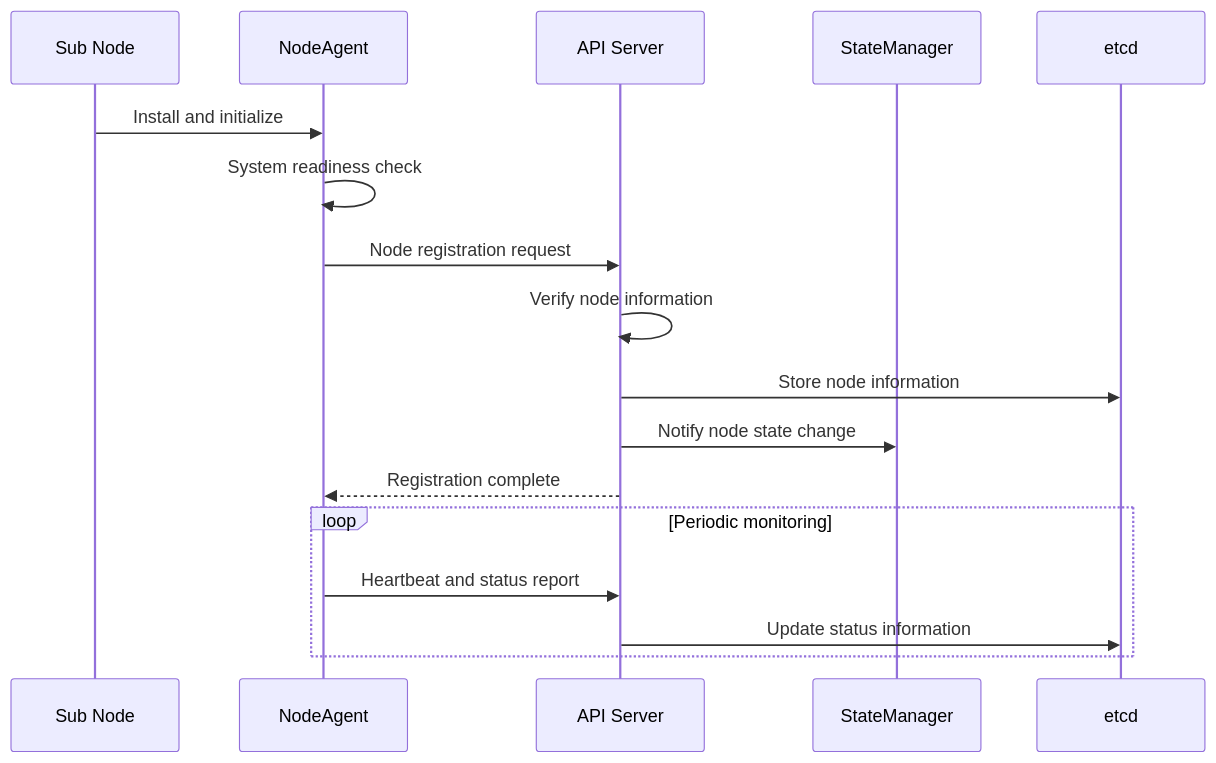
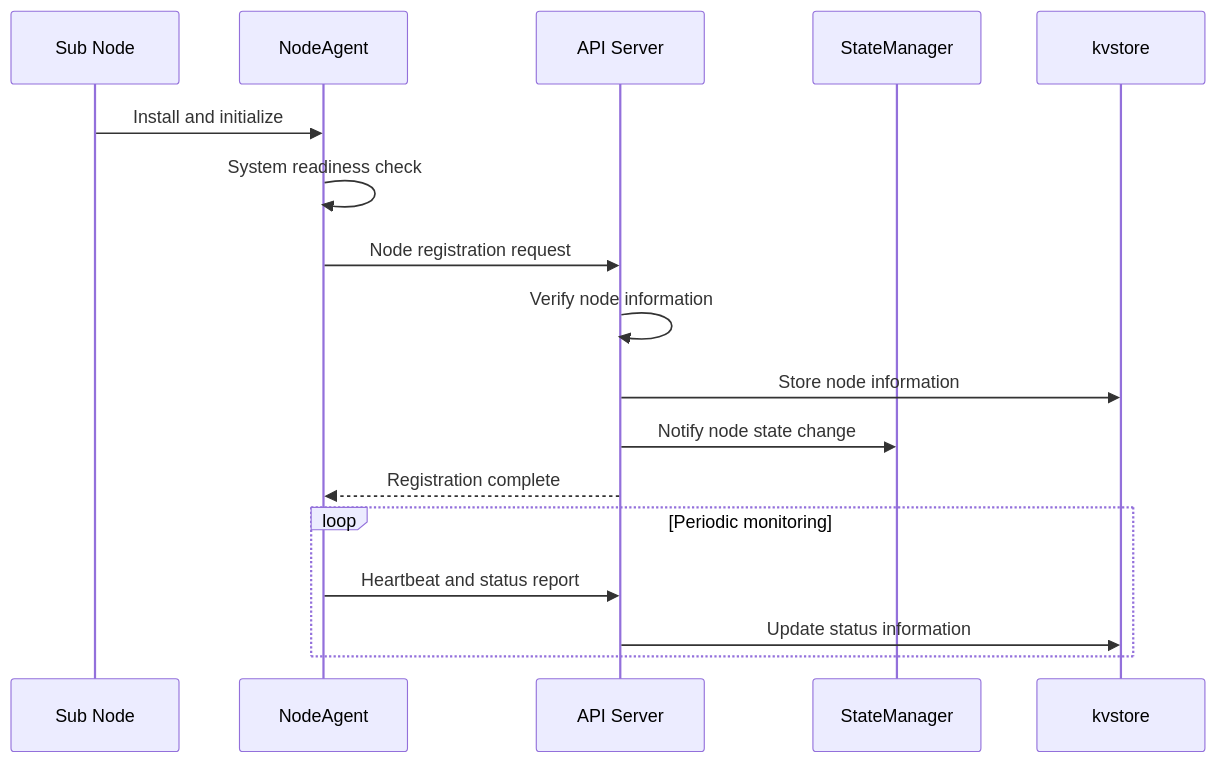
The second of 3 diagrams in doc/architecture/EN/HLD/pullpiri_clustering.md (eclipse-pullpiri/pullpiri), drawn with Mermaid before and after one commit. The commit also changed other lines of this file and 8 other files, not shown here.

Commit message:
Update documentation to replace 'etcd' with 'kvstore' across multiple files

````diff
--- a/doc/architecture/EN/HLD/pullpiri_clustering.md
+++ b/doc/architecture/EN/HLD/pullpiri_clustering.md
@@ -161,20 +161,20 @@
 ```mermaid
 sequenceDiagram
     participant SN as Sub Node
     participant NA as NodeAgent
     participant AS as API Server
     participant SM as StateManager
-    participant ET as etcd
+    participant DB as kvstore
     
     SN->>NA: Install and initialize
     NA->>NA: System readiness check
     NA->>AS: Node registration request
     AS->>AS: Verify node information
-    AS->>ET: Store node information
+    AS->>DB: Store node information
     AS->>SM: Notify node state change
     AS-->>NA: Registration complete
     loop Periodic monitoring
         NA->>AS: Heartbeat and status report
-        AS->>ET: Update status information
+        AS->>DB: Update status information
     end
 ```
````
